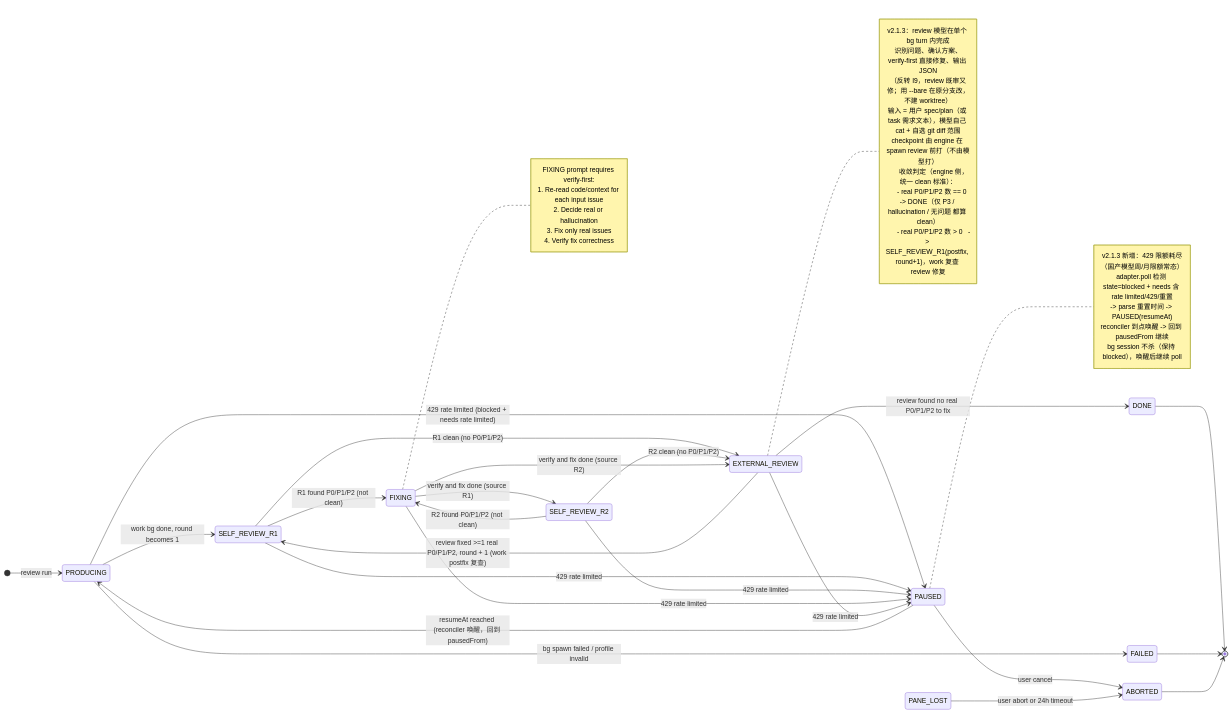
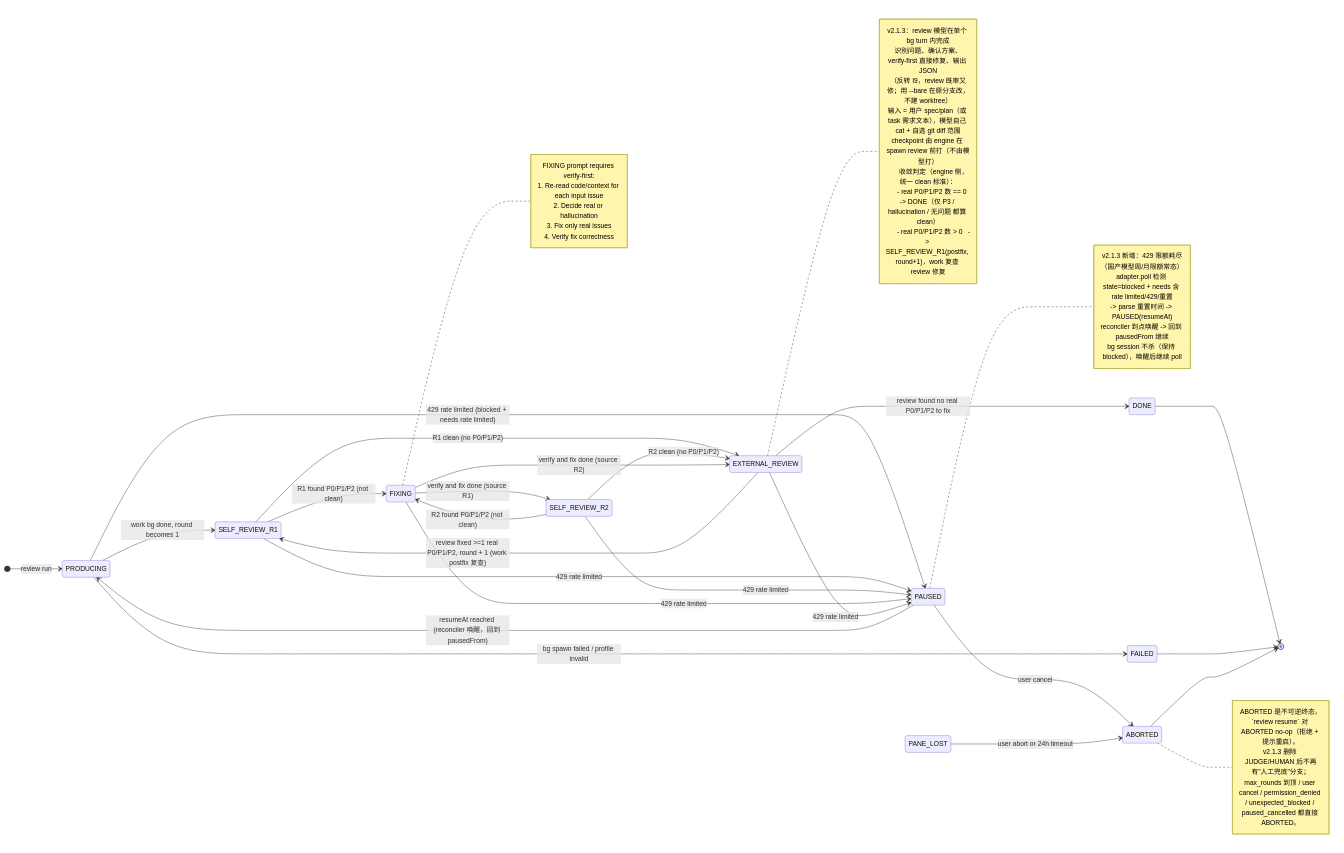
The first of 2 diagrams in docs/superpowers/specs/review-engine-v2.1.1/state-machine.md (yujuntea/cc-linker), drawn with Mermaid before and after one commit. The commit also changed other lines of this file and 3 other files, not shown here.

````diff
--- a/docs/superpowers/specs/review-engine-v2.1.1/state-machine.md
+++ b/docs/superpowers/specs/review-engine-v2.1.1/state-machine.md
@@ -195,59 +195,64 @@
 ```mermaid
 stateDiagram-v2
     direction LR
 
     [*] --> PRODUCING : review run
 
     PRODUCING --> FAILED : bg spawn failed / profile invalid
     PRODUCING --> SELF_REVIEW_R1 : work bg done, round becomes 1
     SELF_REVIEW_R1 --> FIXING : R1 found P0/P1/P2 (not clean)
     SELF_REVIEW_R1 --> EXTERNAL_REVIEW : R1 clean (no P0/P1/P2)
     FIXING --> SELF_REVIEW_R2 : verify and fix done (source R1)
     SELF_REVIEW_R2 --> FIXING : R2 found P0/P1/P2 (not clean)
     SELF_REVIEW_R2 --> EXTERNAL_REVIEW : R2 clean (no P0/P1/P2)
     FIXING --> EXTERNAL_REVIEW : verify and fix done (source R2)
     EXTERNAL_REVIEW --> DONE : review found no real P0/P1/P2 to fix
     EXTERNAL_REVIEW --> SELF_REVIEW_R1 : review fixed >=1 real P0/P1/P2, round + 1 (work postfix 复查)
 
     PRODUCING --> PAUSED : 429 rate limited (blocked + needs rate limited)
     SELF_REVIEW_R1 --> PAUSED : 429 rate limited
     SELF_REVIEW_R2 --> PAUSED : 429 rate limited
     FIXING --> PAUSED : 429 rate limited
     EXTERNAL_REVIEW --> PAUSED : 429 rate limited
     PAUSED --> PRODUCING : resumeAt reached (reconciler 唤醒，回到 pausedFrom)
     PAUSED --> ABORTED : user cancel
 
     PANE_LOST --> ABORTED : user abort or 24h timeout
 
     DONE --> [*]
     FAILED --> [*]
     ABORTED --> [*]
 
+    note right of ABORTED
+      ABORTED 是不可逆终态，`review resume` 对 ABORTED no-op（拒绝 + 提示重启）。
+      v2.1.3 删除 JUDGE/HUMAN 后不再有"人工兜底"分支；max_rounds 到顶 / user cancel / permission_denied / unexpected_blocked / paused_cancelled 都直接 ABORTED。
+    end note
+
     note right of FIXING
       FIXING prompt requires verify-first:
       1. Re-read code/context for each input issue
       2. Decide real or hallucination
       3. Fix only real issues
       4. Verify fix correctness
     end note
 
     note right of EXTERNAL_REVIEW
       v2.1.3：review 模型在单个 bg turn 内完成
       识别问题、确认方案、verify-first 直接修复、输出 JSON
       （反转 I9，review 既审又修；用 --bare 在原分支改，不建 worktree）
       输入 = 用户 spec/plan（或 task 需求文本），模型自己 cat + 自选 git diff 范围
       checkpoint 由 engine 在 spawn review 前打（不由模型打）
 
       收敛判定（engine 侧，统一 clean 标准）：
       - real P0/P1/P2 数 == 0  -> DONE（仅 P3 / hallucination / 无问题 都算 clean）
       - real P0/P1/P2 数 > 0   -> SELF_REVIEW_R1(postfix, round+1)，work 复查 review 修复
     end note
 
     note right of PAUSED
       v2.1.3 新增：429 限额耗尽（国产模型周/月限额常态）
       adapter.poll 检测 state=blocked + needs 含 rate limited/429/重置
       -> parse 重置时间 -> PAUSED(resumeAt)
       reconciler 到点唤醒 -> 回到 pausedFrom 继续
       bg session 不杀（保持 blocked），唤醒后继续 poll
     end note
 ```
````
